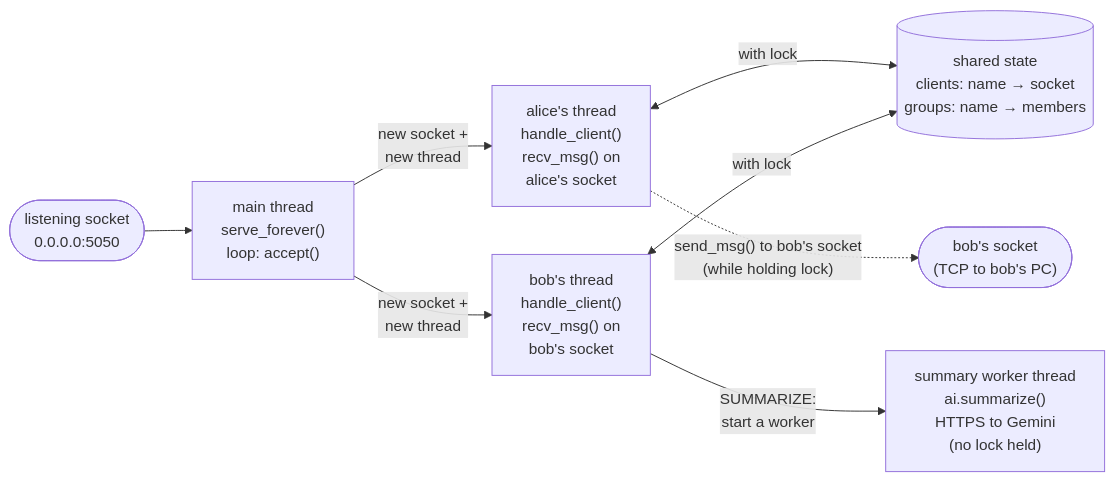
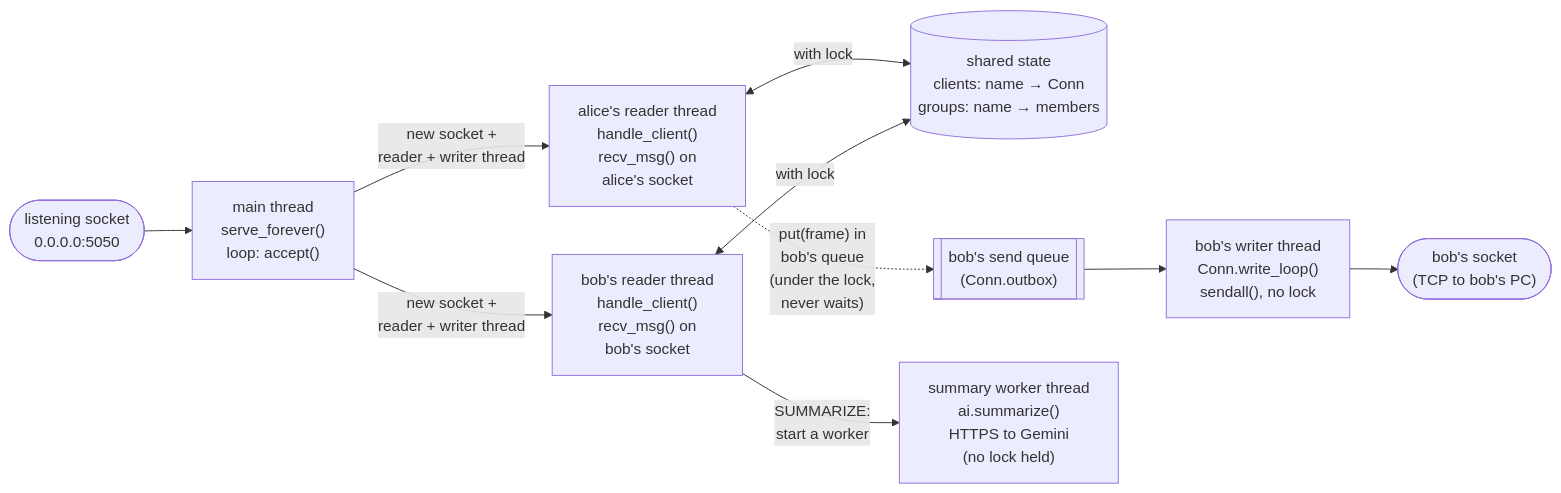
Before and after one commit to TanakritEuro/comnet-socket-chat: the third of 6 diagrams in docs/ARCHITECTURE.md, drawn with Mermaid. The commit also changed other lines of this file and 11 other files, not shown here.

First line of the commit message:
fix: send outside the global lock (per-connection queues) + metadata-only file history (#18)

````diff
--- a/docs/ARCHITECTURE.md
+++ b/docs/ARCHITECTURE.md
@@ -84,10 +84,12 @@
 ```mermaid
 flowchart LR
     L(["listening socket<br/>0.0.0.0:5050"]) --> ACC["main thread<br/>serve_forever()<br/>loop: accept()"]
-    ACC -->|"new socket +<br/>new thread"| T1["alice's thread<br/>handle_client()<br/>recv_msg() on<br/>alice's socket"]
-    ACC -->|"new socket +<br/>new thread"| T2["bob's thread<br/>handle_client()<br/>recv_msg() on<br/>bob's socket"]
-    T1 <-->|"with lock"| ST[("shared state<br/>clients: name → socket<br/>groups: name → members")]
+    ACC -->|"new socket +<br/>reader + writer thread"| T1["alice's reader thread<br/>handle_client()<br/>recv_msg() on<br/>alice's socket"]
+    ACC -->|"new socket +<br/>reader + writer thread"| T2["bob's reader thread<br/>handle_client()<br/>recv_msg() on<br/>bob's socket"]
+    T1 <-->|"with lock"| ST[("shared state<br/>clients: name → Conn<br/>groups: name → members")]
     T2 <-->|"with lock"| ST
-    T1 -.->|"send_msg() to bob's socket<br/>(while holding lock)"| BS(["bob's socket<br/>(TCP to bob's PC)"])
+    T1 -.->|"put(frame) in<br/>bob's queue<br/>(under the lock,<br/>never waits)"| BQ[["bob's send queue<br/>(Conn.outbox)"]]
+    BQ --> BW["bob's writer thread<br/>Conn.write_loop()<br/>sendall(), no lock"]
+    BW --> BS(["bob's socket<br/>(TCP to bob's PC)"])
     T2 -->|"SUMMARIZE:<br/>start a worker"| W["summary worker thread<br/>ai.summarize()<br/>HTTPS to Gemini<br/>(no lock held)"]
 ```
````
